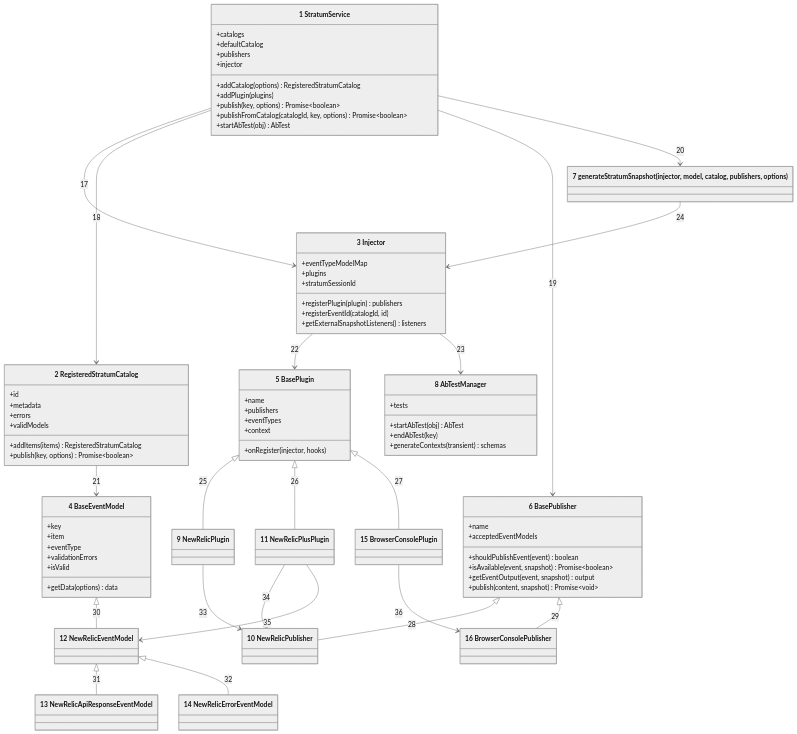
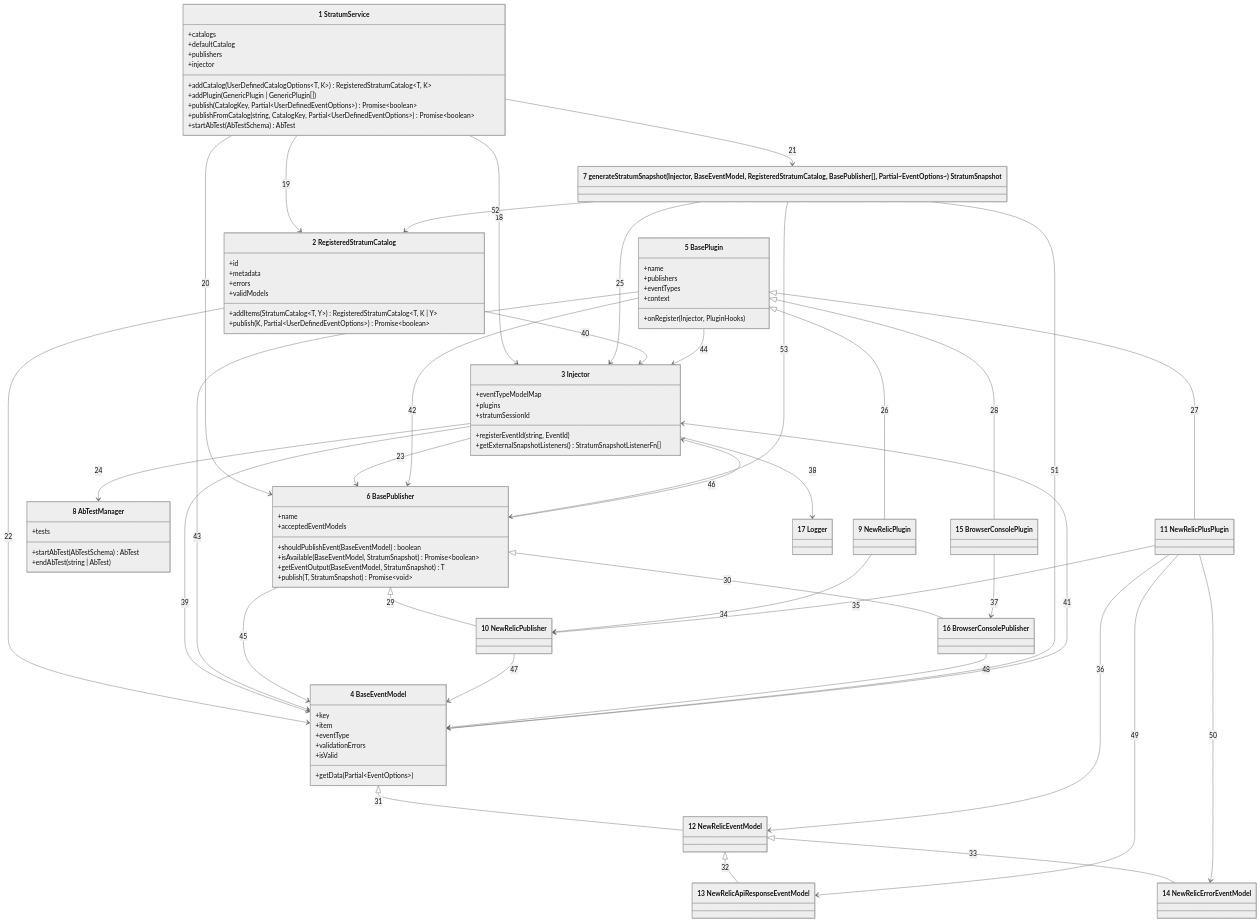
One commit to may-journal/Stratum-Observability changed the first of 2 diagrams in docs/architecture/04-code.md. Above: the diagram before and after it, drawn with Mermaid (neutral theme). The commit also changed other lines of this file and 9 other files, not shown here.

First line of the commit message:
docs(architecture): conform the five views to fitness-runner's templates

````diff
--- a/docs/architecture/04-code.md
+++ b/docs/architecture/04-code.md
@@ -11,27 +11,26 @@
         +defaultCatalog
         +publishers
         +injector
-        +addCatalog(options) RegisteredStratumCatalog
-        +addPlugin(plugins)
-        +publish(key, options) Promise~boolean~
-        +publishFromCatalog(catalogId, key, options) Promise~boolean~
-        +startAbTest(obj) AbTest
+        +addCatalog(UserDefinedCatalogOptions~T, K~) RegisteredStratumCatalog~T, K~
+        +addPlugin(GenericPlugin | GenericPlugin[])
+        +publish(CatalogKey, Partial~UserDefinedEventOptions~) Promise~boolean~
+        +publishFromCatalog(string, CatalogKey, Partial~UserDefinedEventOptions~) Promise~boolean~
+        +startAbTest(AbTestSchema) AbTest
     }
     class RegisteredStratumCatalog["2 RegisteredStratumCatalog"] {
         +id
         +metadata
         +errors
         +validModels
-        +addItems(items) RegisteredStratumCatalog
-        +publish(key, options) Promise~boolean~
+        +addItems(StratumCatalog~T, Y~) RegisteredStratumCatalog~T, K | Y~
+        +publish(K, Partial~UserDefinedEventOptions~) Promise~boolean~
     }
     class Injector["3 Injector"] {
         +eventTypeModelMap
         +plugins
         +stratumSessionId
-        +registerPlugin(plugin) publishers
-        +registerEventId(catalogId, id)
-        +getExternalSnapshotListeners() listeners
+        +registerEventId(string, EventId)
+        +getExternalSnapshotListeners() StratumSnapshotListenerFn[]
     }
     class BaseEventModel["4 BaseEventModel"] {
         +key
@@ -39,29 +38,28 @@
         +eventType
         +validationErrors
         +isValid
-        +getData(options) data
+        +getData(Partial~EventOptions~)
     }
     class BasePlugin["5 BasePlugin"] {
         +name
         +publishers
         +eventTypes
         +context
-        +onRegister(injector, hooks)
+        +onRegister(Injector, PluginHooks)
     }
     class BasePublisher["6 BasePublisher"] {
         +name
         +acceptedEventModels
-        +shouldPublishEvent(event) boolean
-        +isAvailable(event, snapshot) Promise~boolean~
-        +getEventOutput(event, snapshot) output
-        +publish(content, snapshot) Promise~void~
+        +shouldPublishEvent(BaseEventModel) boolean
+        +isAvailable(BaseEventModel, StratumSnapshot) Promise~boolean~
+        +getEventOutput(BaseEventModel, StratumSnapshot) T
+        +publish(T, StratumSnapshot) Promise~void~
     }
-    class generateStratumSnapshot["7 generateStratumSnapshot(injector, model, catalog, publishers, options)"]
+    class generateStratumSnapshot["7 generateStratumSnapshot(Injector, BaseEventModel, RegisteredStratumCatalog, BasePublisher[], Partial~EventOptions~) StratumSnapshot"]
     class AbTestManager["8 AbTestManager"] {
         +tests
-        +startAbTest(obj) AbTest
-        +endAbTest(key)
-        +generateContexts(transient) schemas
+        +startAbTest(AbTestSchema) AbTest
+        +endAbTest(string | AbTest)
     }
     class NewRelicPlugin["9 NewRelicPlugin"]
     class NewRelicPublisher["10 NewRelicPublisher"]
@@ -71,25 +69,42 @@
     class NewRelicErrorEventModel["14 NewRelicErrorEventModel"]
     class BrowserConsolePlugin["15 BrowserConsolePlugin"]
     class BrowserConsolePublisher["16 BrowserConsolePublisher"]
+    class Logger["17 Logger"]
 
-    StratumService --> Injector : 17
-    StratumService --> RegisteredStratumCatalog : 18
-    StratumService --> BasePublisher : 19
-    StratumService --> generateStratumSnapshot : 20
-    RegisteredStratumCatalog --> BaseEventModel : 21
-    Injector --> BasePlugin : 22
-    Injector --> AbTestManager : 23
-    generateStratumSnapshot --> Injector : 24
-    BasePlugin <|-- NewRelicPlugin : 25
-    BasePlugin <|-- NewRelicPlusPlugin : 26
-    BasePlugin <|-- BrowserConsolePlugin : 27
-    BasePublisher <|-- NewRelicPublisher : 28
-    BasePublisher <|-- BrowserConsolePublisher : 29
-    BaseEventModel <|-- NewRelicEventModel : 30
-    NewRelicEventModel <|-- NewRelicApiResponseEventModel : 31
-    NewRelicEventModel <|-- NewRelicErrorEventModel : 32
-    NewRelicPlugin --> NewRelicPublisher : 33
-    NewRelicPlusPlugin --> NewRelicPublisher : 34
-    NewRelicPlusPlugin --> NewRelicEventModel : 35
-    BrowserConsolePlugin --> BrowserConsolePublisher : 36
+    StratumService --> Injector : 18
+    StratumService --> RegisteredStratumCatalog : 19
+    StratumService --> BasePublisher : 20
+    StratumService --> generateStratumSnapshot : 21
+    RegisteredStratumCatalog --> BaseEventModel : 22
+    Injector --> BasePublisher : 23
+    Injector --> AbTestManager : 24
+    generateStratumSnapshot --> Injector : 25
+    BasePlugin <|-- NewRelicPlugin : 26
+    BasePlugin <|-- NewRelicPlusPlugin : 27
+    BasePlugin <|-- BrowserConsolePlugin : 28
+    BasePublisher <|-- NewRelicPublisher : 29
+    BasePublisher <|-- BrowserConsolePublisher : 30
+    BaseEventModel <|-- NewRelicEventModel : 31
+    NewRelicEventModel <|-- NewRelicApiResponseEventModel : 32
+    NewRelicEventModel <|-- NewRelicErrorEventModel : 33
+    NewRelicPlugin --> NewRelicPublisher : 34
+    NewRelicPlusPlugin --> NewRelicPublisher : 35
+    NewRelicPlusPlugin --> NewRelicEventModel : 36
+    BrowserConsolePlugin --> BrowserConsolePublisher : 37
+    Injector --> Logger : 38
+    Injector --> BaseEventModel : 39
+    RegisteredStratumCatalog --> Injector : 40
+    BaseEventModel --> Injector : 41
+    BasePlugin --> BasePublisher : 42
+    BasePlugin --> BaseEventModel : 43
+    BasePlugin --> Injector : 44
+    BasePublisher --> BaseEventModel : 45
+    BasePublisher --> Injector : 46
+    NewRelicPublisher --> BaseEventModel : 47
+    BrowserConsolePublisher --> BaseEventModel : 48
+    NewRelicPlusPlugin --> NewRelicApiResponseEventModel : 49
+    NewRelicPlusPlugin --> NewRelicErrorEventModel : 50
+    generateStratumSnapshot --> BaseEventModel : 51
+    generateStratumSnapshot --> RegisteredStratumCatalog : 52
+    generateStratumSnapshot --> BasePublisher : 53
 ```
````
